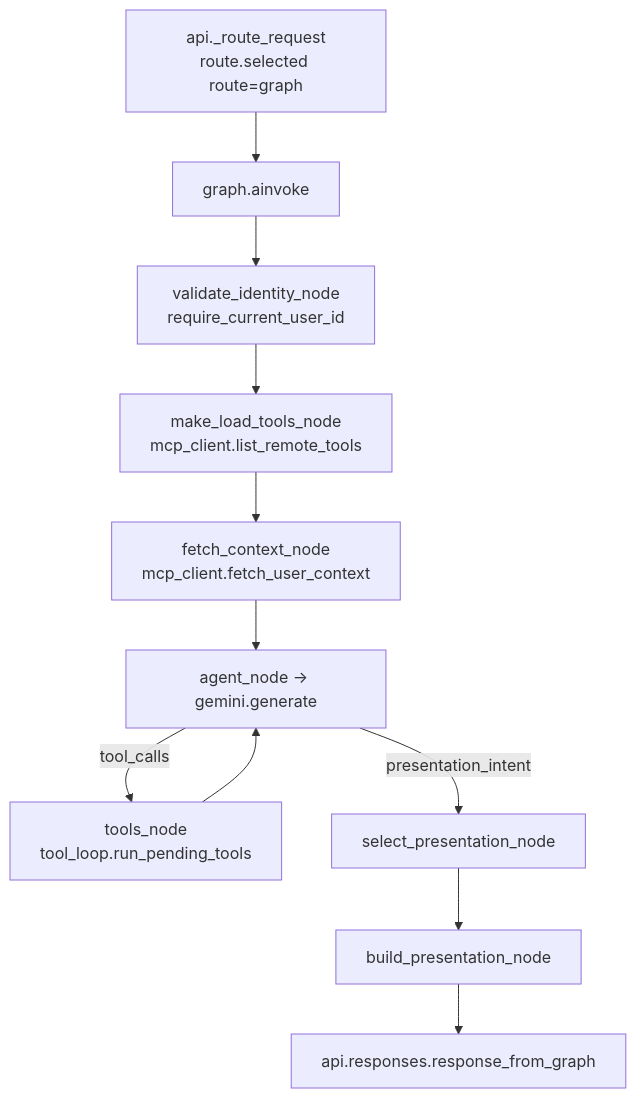
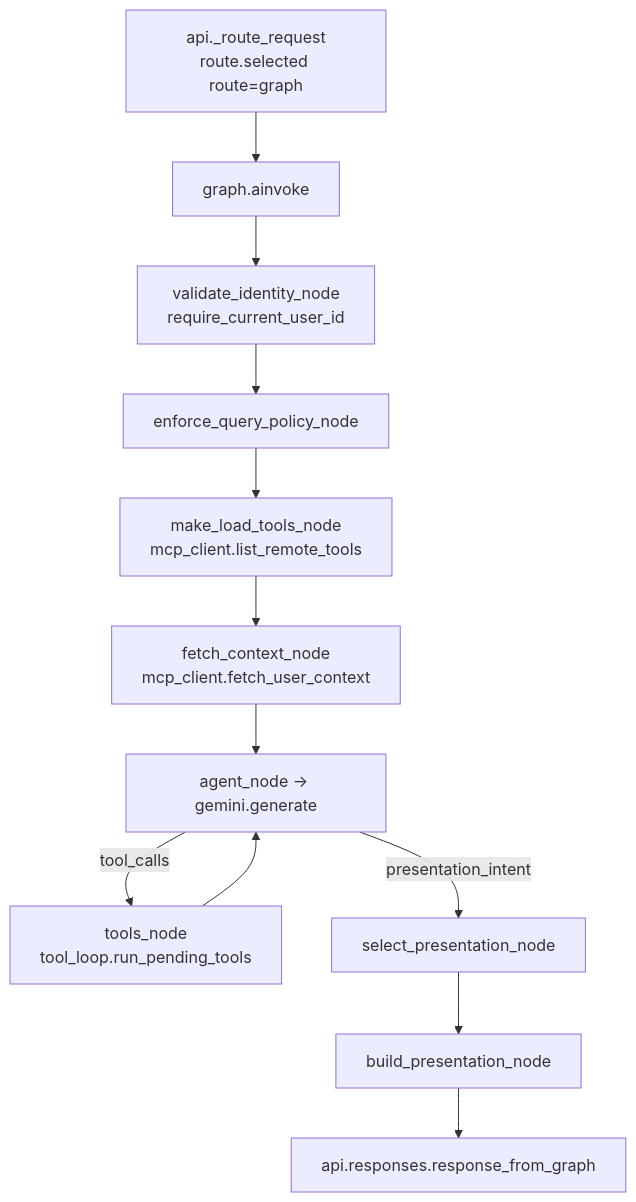
One commit to JpAboytes/hackmty2026-agent changed the second of 11 diagrams in docs/FLOWS.md. Above: the diagram before and after it, drawn with Mermaid. The commit also changed other lines of this file and 14 other files, not shown here.

````diff
--- a/docs/FLOWS.md
+++ b/docs/FLOWS.md
@@ -80,13 +86,14 @@
 ```mermaid
 flowchart TD
   A[api._route_request<br/>route.selected route=graph] --> B[graph.ainvoke]
   B --> C[validate_identity_node<br/>require_current_user_id]
-  C --> D[make_load_tools_node<br/>mcp_client.list_remote_tools]
+  C --> P[enforce_query_policy_node]
+  P --> D[make_load_tools_node<br/>mcp_client.list_remote_tools]
   D --> E[fetch_context_node<br/>mcp_client.fetch_user_context]
   E --> F[agent_node -> gemini.generate]
   F -->|tool_calls| G[tools_node<br/>tool_loop.run_pending_tools]
   G --> F
   F -->|presentation_intent| H[select_presentation_node]
   H --> I[build_presentation_node]
   I --> J[api.responses.response_from_graph]
 ```
````
